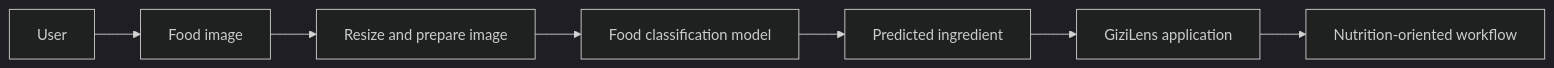
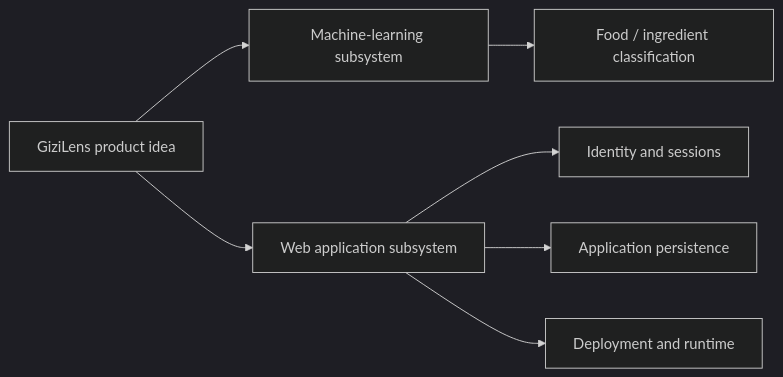
Before and after one commit to farismnrr/portofolio: the first of 6 diagrams in frontend/content/projects/gizilens.md, drawn with Mermaid (dark theme). The commit also changed other lines of this file, not shown here.

Commit message:
content: correct GiziLens contribution narrative

````diff
--- a/frontend/content/projects/gizilens.md
+++ b/frontend/content/projects/gizilens.md
@@ -32,9 +28,11 @@
 ```mermaid
 flowchart LR
-    U[User] --> IMG[Food image]
-    IMG --> PREP[Resize and prepare image]
-    PREP --> MODEL[Food classification model]
-    MODEL --> LABEL[Predicted ingredient]
-    LABEL --> APP[GiziLens application]
-    APP --> INFO[Nutrition-oriented workflow]
+    IDEA[GiziLens product idea]
+    IDEA --> ML[Machine-learning subsystem]
+    IDEA --> APP[Web application subsystem]
+
+    ML --> CLASSIFY[Food / ingredient classification]
+    APP --> AUTH[Identity and sessions]
+    APP --> DATA[Application persistence]
+    APP --> RUNTIME[Deployment and runtime]
 ```
````
